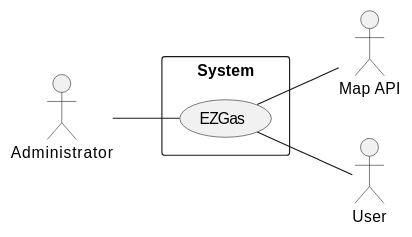
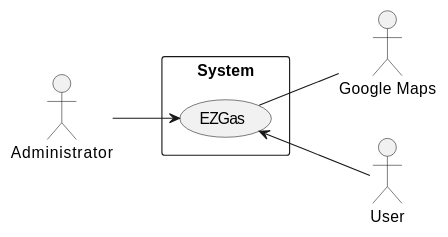
One commit to SE2-group4/SE1-project changed the first of 3 diagrams in docs/RequirementsDocument.md. Above: the diagram before and after it, drawn with PlantUML. The commit also changed other lines of this file, not shown here.

First line of the commit message:
fix: changes to context diagram, FR, UC

````diff
--- a/docs/RequirementsDocument.md
+++ b/docs/RequirementsDocument.md
@@ -52,15 +52,15 @@
 ```plantuml
 @startuml
 
 left to right direction
 actor "Administrator" as a
-actor "Map API" as c
+actor "Google Maps" as c
 actor "User" as d
 rectangle System{
-	a -- (EZGas)
+	a --> (EZGas)
 	(EZGas) -- c
-	(EZGas) -- d
+	(EZGas) <-- d
 }
 
 @enduml
 ```
````
